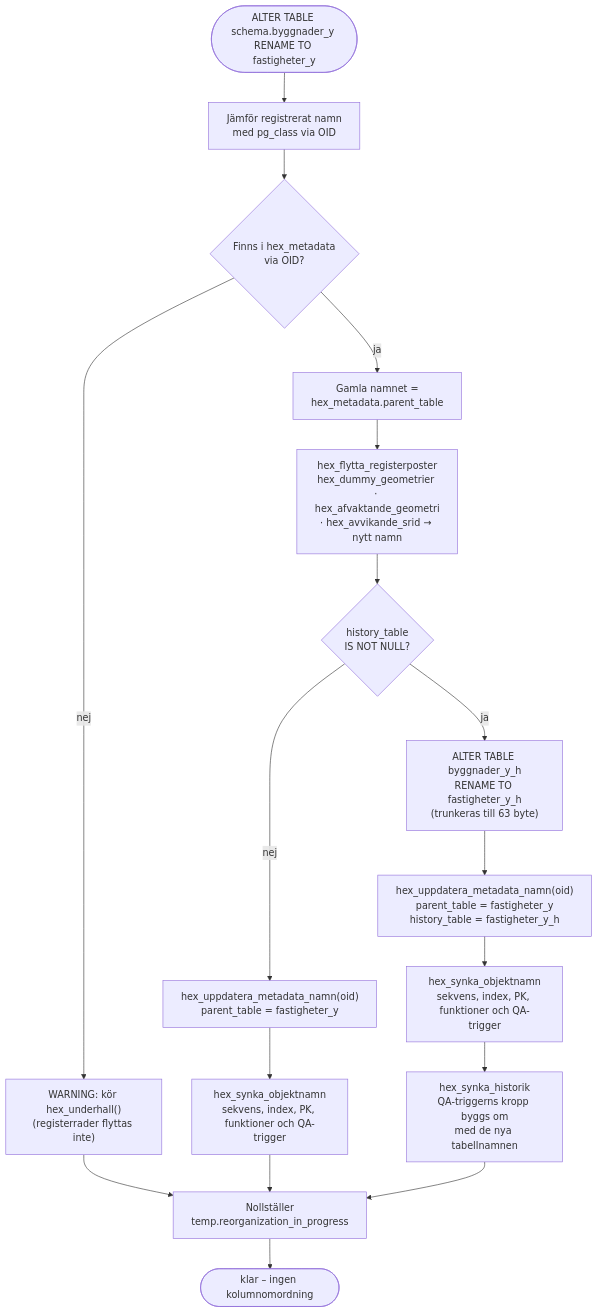
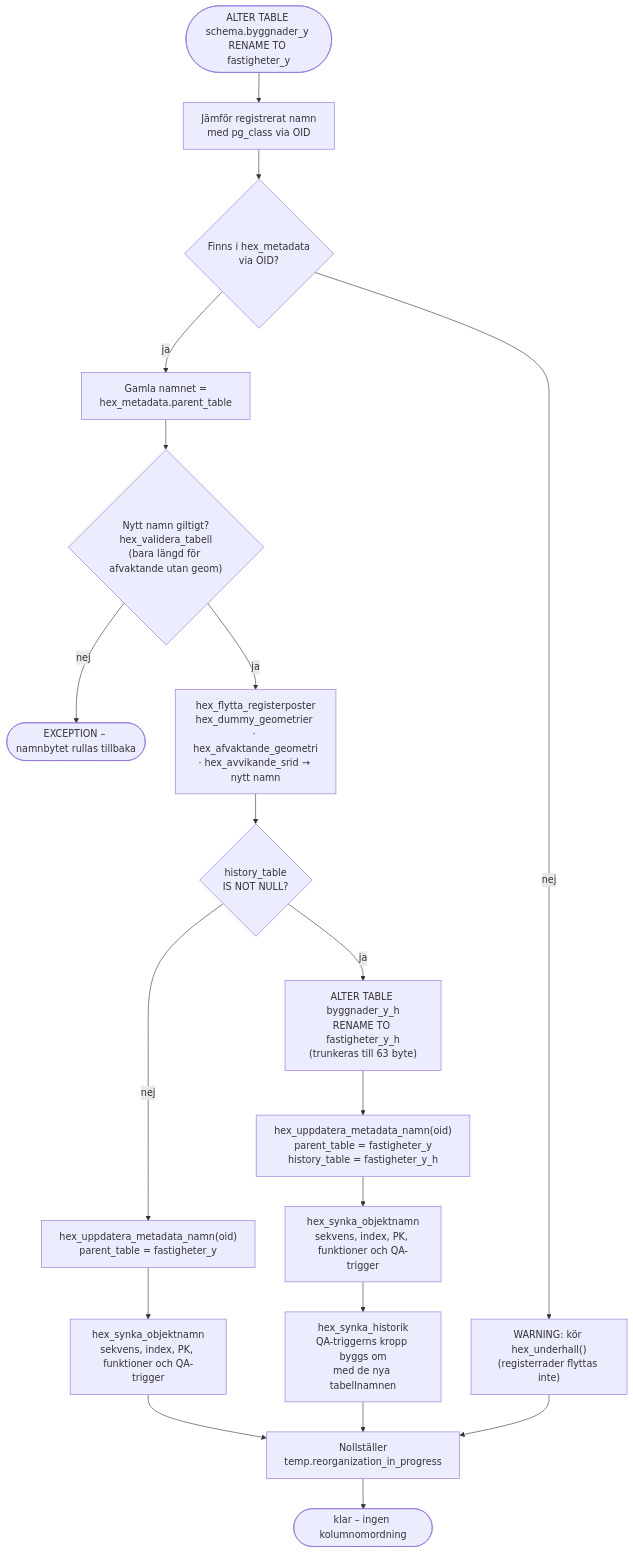
One commit to Geodata-Kungsbacka/Hex changed the fifth of 9 diagrams in LOGIC_MAP.md. Above: the diagram before and after it, drawn with Mermaid. The commit also changed other lines of this file and 7 other files, not shown here.

````diff
--- a/LOGIC_MAP.md
+++ b/LOGIC_MAP.md
@@ -734,20 +740,22 @@
 ```mermaid
 flowchart TD
     START(["ALTER TABLE schema.byggnader_y RENAME TO fastigheter_y"])
     START --> DET["Jämför registrerat namn<br/>med pg_class via OID"]
     DET --> OID{"Finns i hex_metadata<br/>via OID?"}
     OID --> |ja| GAML["Gamla namnet =<br/>hex_metadata.parent_table"]
     OID --> |nej| WARN["WARNING: kör hex_underhall()<br/>(registerrader flyttas inte)"]
     WARN --> FLAG
-    GAML --> FLYTT["hex_flytta_registerposter<br/>hex_dummy_geometrier · hex_afvaktande_geometri<br/>· hex_avvikande_srid → nytt namn"]
+    GAML --> VAL{"Nytt namn giltigt?<br/>hex_validera_tabell<br/>(bara längd för afvaktande utan geom)"}
+    VAL --> |nej| FEL(["EXCEPTION – namnbytet rullas tillbaka"])
+    VAL --> |ja| FLYTT["hex_flytta_registerposter<br/>hex_dummy_geometrier · hex_afvaktande_geometri<br/>· hex_avvikande_srid → nytt namn"]
     FLYTT --> HIST{"history_table<br/>IS NOT NULL?"}
     HIST --> |nej| UPD0["hex_uppdatera_metadata_namn(oid)<br/>parent_table = fastigheter_y"]
     UPD0 --> NAMN["hex_synka_objektnamn<br/>sekvens, index, PK, funktioner och QA-trigger"]
     NAMN --> FLAG
     HIST --> |ja| REN["ALTER TABLE byggnader_y_h<br/>RENAME TO fastigheter_y_h<br/>(trunkeras till 63 byte)"]
     REN --> UPD["hex_uppdatera_metadata_namn(oid)<br/>parent_table = fastigheter_y<br/>history_table = fastigheter_y_h"]
     UPD --> NAMNH["hex_synka_objektnamn<br/>sekvens, index, PK, funktioner och QA-trigger"]
     NAMNH --> SYNK["hex_synka_historik<br/>QA-triggerns kropp byggs om<br/>med de nya tabellnamnen"]
     SYNK --> FLAG["Nollställer<br/>temp.reorganization_in_progress"]
     FLAG --> DONE(["klar – ingen kolumnomordning"])
 ```
````
